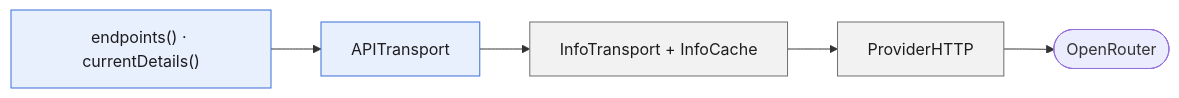
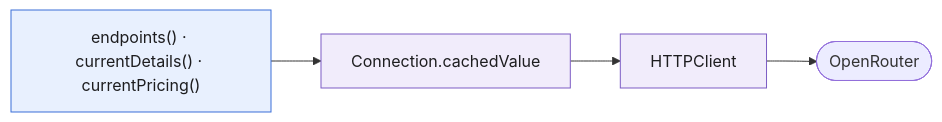
The fifth of 6 diagrams in ARCHITECTURE.md (ironsparrows/swift-language-models), drawn with Mermaid before and after one commit. The commit also changed other lines of this file and 14 other files, not shown here.

````diff
--- a/ARCHITECTURE.md
+++ b/ARCHITECTURE.md
@@ -193,10 +257,9 @@
 ```mermaid
 flowchart LR
-    calls["endpoints() · currentDetails()"]:::provider --> transport["APITransport"]:::provider
-    transport --> info["InfoTransport + InfoCache"]:::core
-    info --> http["ProviderHTTP"]:::core
+    calls["endpoints() · currentDetails() · currentPricing()"]:::provider --> connection["Connection.cachedValue"]:::shared
+    connection --> http["HTTPClient"]:::shared
     http --> api(["OpenRouter"])
 
     classDef provider fill:#e8f0fe,stroke:#3b6fd8,color:#1d1d1f
-    classDef core fill:#f2f2f2,stroke:#6e6e73,color:#1d1d1f
+    classDef shared fill:#f1ecfb,stroke:#7c5cc4,color:#1d1d1f
 ```
````
